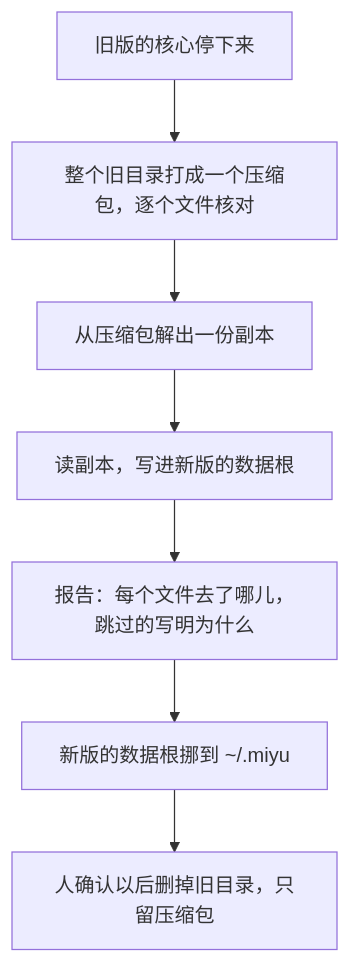
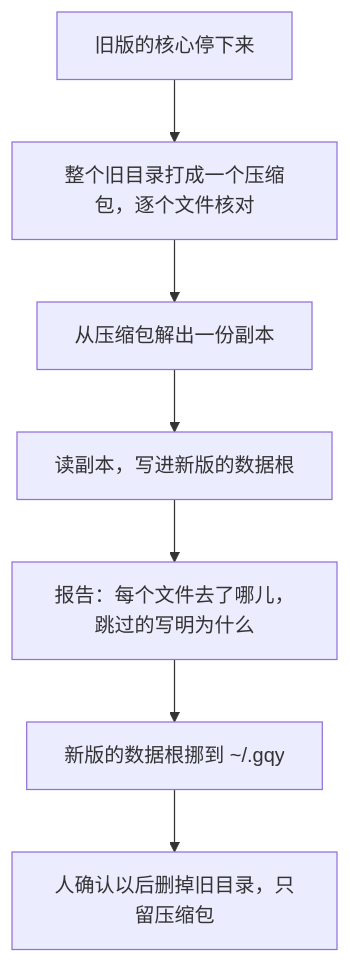
Before and after one commit to yxxbc/GQYv2: the diagram in docs/designs/27-从旧版迁过来.md, drawn with Mermaid. The commit also changed other lines of this file and 531 other files, not shown here.

Commit message:
docs: replace all miyu references with gqy

````diff
--- a/docs/designs/27-从旧版迁过来.md
+++ b/docs/designs/27-从旧版迁过来.md
@@ -31,9 +31,9 @@
 ```mermaid
 flowchart TD
     stop["旧版的核心停下来"] --> pack["整个旧目录打成一个压缩包，逐个文件核对"]
     pack --> copy["从压缩包解出一份副本"]
     copy --> write["读副本，写进新版的数据根"]
     write --> report["报告：每个文件去了哪儿，跳过的写明为什么"]
-    report --> swap["新版的数据根挪到 ~/.miyu"]
+    report --> swap["新版的数据根挪到 ~/.gqy"]
     swap --> del["人确认以后删掉旧目录，只留压缩包"]
 ```
````
